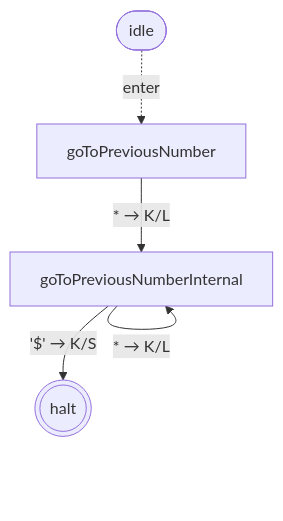
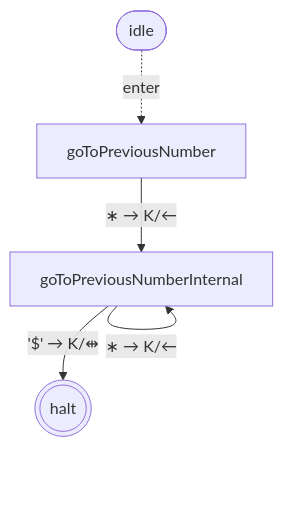
The third of 10 diagrams in packages/library-binary-numbers/states.md (mellonis/turing-machine-js), drawn with Mermaid before and after one commit. The commit also changed other lines of this file and 6 other files, not shown here.

````diff
--- a/packages/library-binary-numbers/states.md
+++ b/packages/library-binary-numbers/states.md
@@ -39,12 +39,12 @@
 ```mermaid
 flowchart TD
 %% alphabets: [[" ","^","$","0","1"]]
   s0(((halt)))
   s3["goToPreviousNumberInternal"]
   s4["goToPreviousNumber"]
   idle([idle])
   idle -. enter .-> s4
-  s3 -- "'$' → K/S" --> s0
-  s3 -- "* → K/L" --> s3
-  s4 -- "* → K/L" --> s3
+  s3 -- "'$' → K/⇹" --> s0
+  s3 -- "∗ → K/←" --> s3
+  s4 -- "∗ → K/←" --> s3
 ```
````
